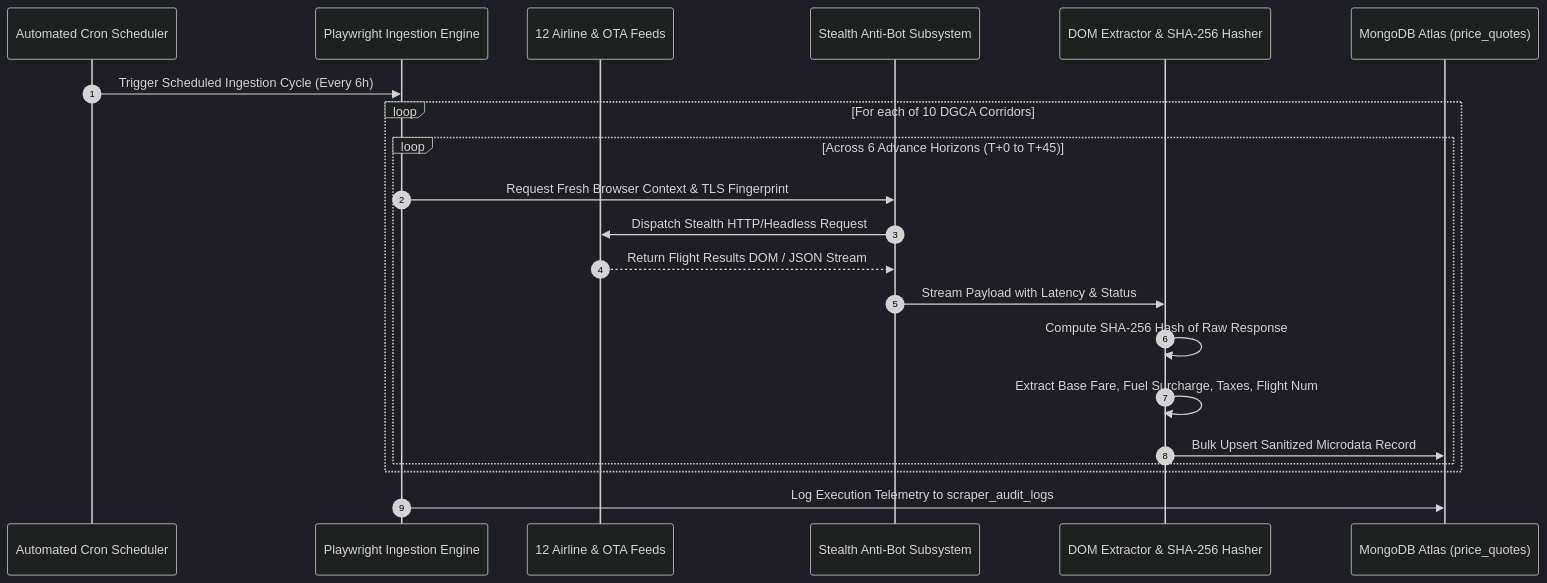
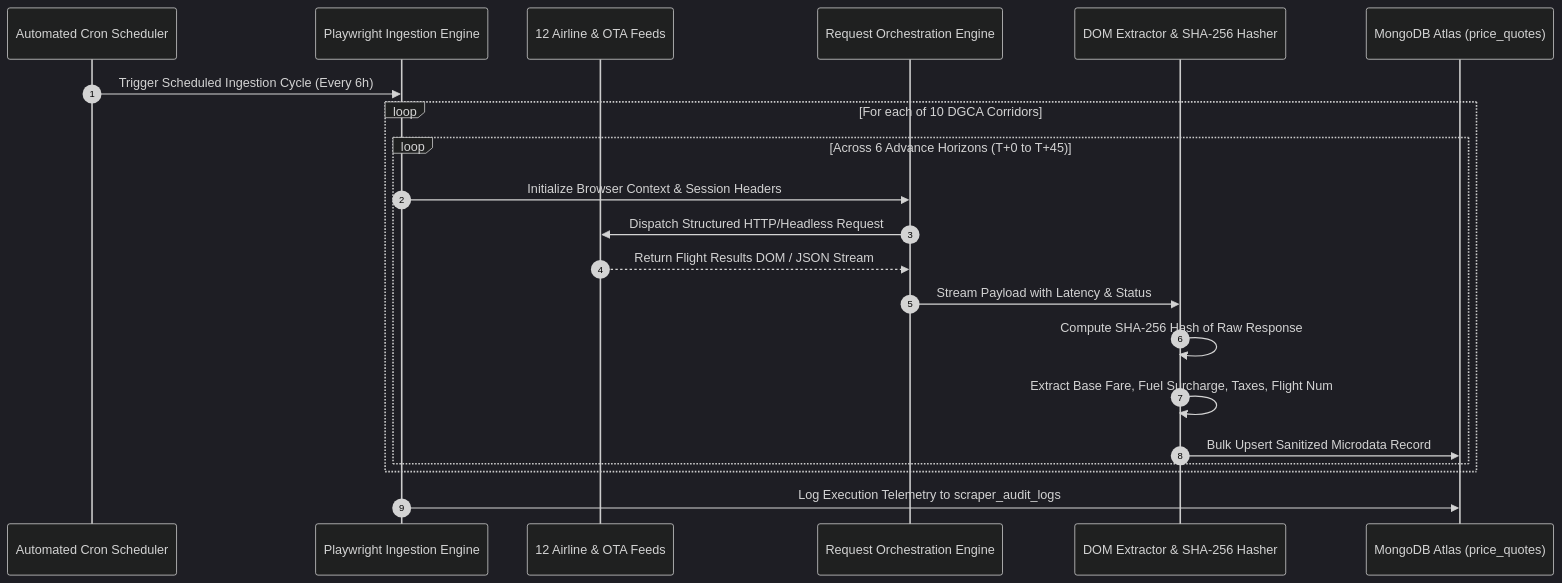
One commit to ARYANatGIT/APIx changed the second of 7 diagrams in README.md. Above: the diagram before and after it, drawn with Mermaid (dark theme). The commit also changed other lines of this file, not shown here.

````diff
--- a/README.md
+++ b/README.md
@@ -174,24 +174,24 @@
 ```mermaid
 sequenceDiagram
     autonumber
     participant Sched as Automated Cron Scheduler
     participant Engine as Playwright Ingestion Engine
     participant Carrier as 12 Airline & OTA Feeds
-    participant AntiBot as Stealth Anti-Bot Subsystem
+    participant RequestMgr as Request Orchestration Engine
     participant Parser as DOM Extractor & SHA-256 Hasher
     participant Mongo as MongoDB Atlas (price_quotes)
 
     Sched->>Engine: Trigger Scheduled Ingestion Cycle (Every 6h)
     loop For each of 10 DGCA Corridors
         loop Across 6 Advance Horizons (T+0 to T+45)
-            Engine->>AntiBot: Request Fresh Browser Context & TLS Fingerprint
-            AntiBot->>Carrier: Dispatch Stealth HTTP/Headless Request
-            Carrier-->>AntiBot: Return Flight Results DOM / JSON Stream
-            AntiBot->>Parser: Stream Payload with Latency & Status
+            Engine->>RequestMgr: Initialize Browser Context & Session Headers
+            RequestMgr->>Carrier: Dispatch Structured HTTP/Headless Request
+            Carrier-->>RequestMgr: Return Flight Results DOM / JSON Stream
+            RequestMgr->>Parser: Stream Payload with Latency & Status
             Parser->>Parser: Compute SHA-256 Hash of Raw Response
             Parser->>Parser: Extract Base Fare, Fuel Surcharge, Taxes, Flight Num
             Parser->>Mongo: Bulk Upsert Sanitized Microdata Record
         end
     end
     Engine->>Mongo: Log Execution Telemetry to scraper_audit_logs
 ```
````
